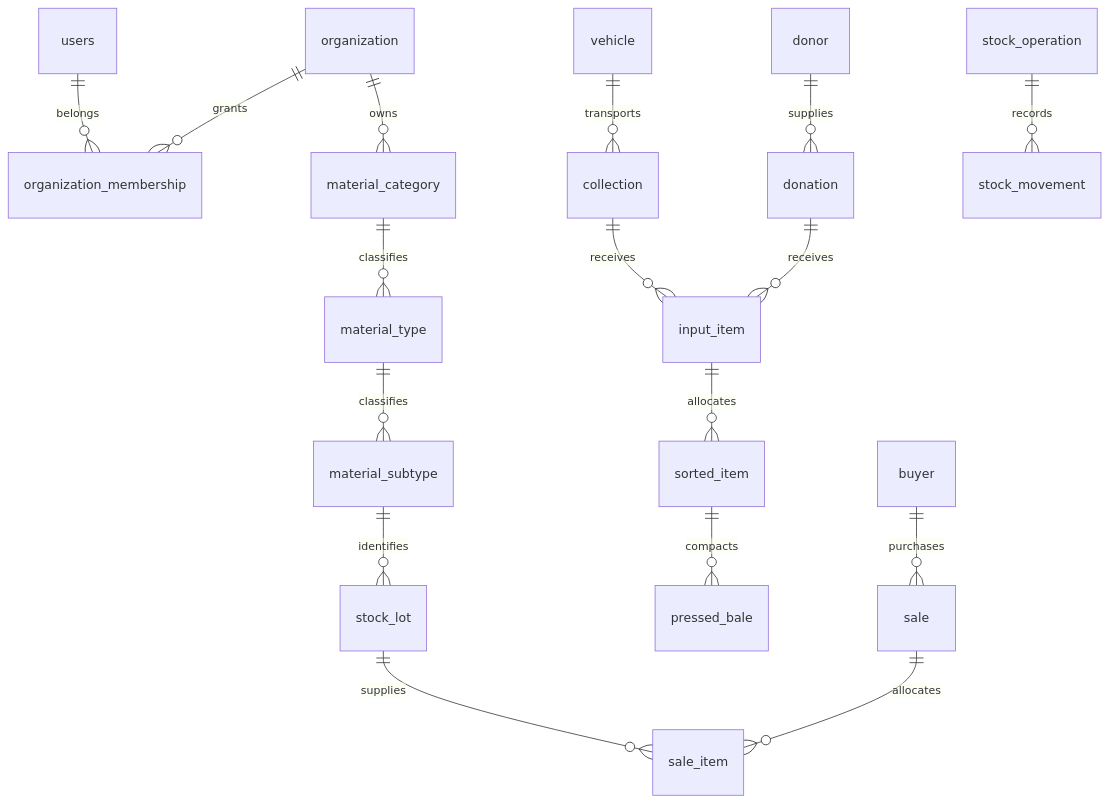
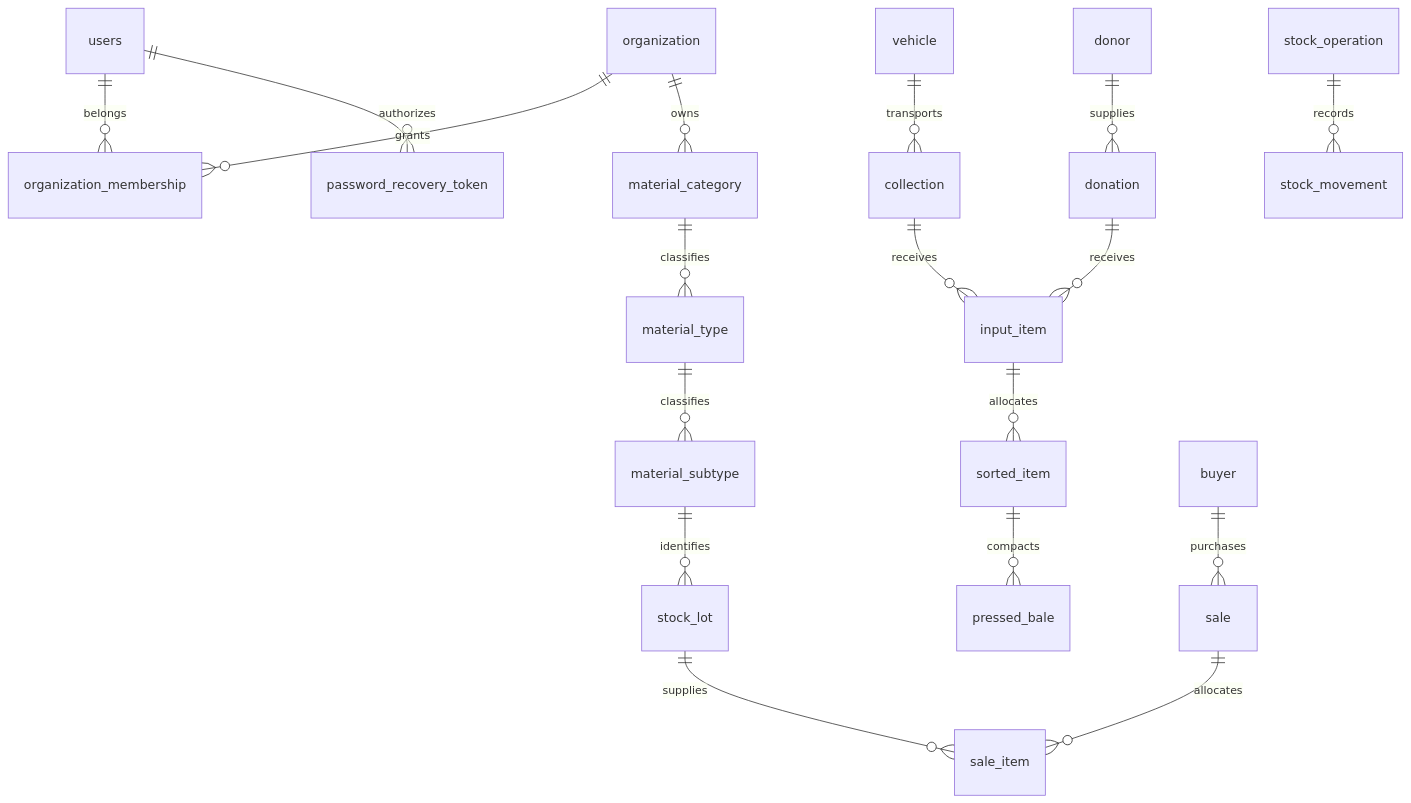
The diagram in docs/entities_documentation.md (Code-EJ/irr-backend), drawn with Mermaid before and after one commit. The commit also changed other lines of this file and 229 other files, not shown here.

```diff
--- a/docs/entities_documentation.md
+++ b/docs/entities_documentation.md
@@ -9,19 +9,20 @@
 ~~~mermaid
 erDiagram
     organization ||--o{ organization_membership : grants
     users ||--o{ organization_membership : belongs
+    users ||--o{ password_recovery_token : authorizes
     organization ||--o{ material_category : owns
     material_category ||--o{ material_type : classifies
     material_type ||--o{ material_subtype : classifies
     donor ||--o{ donation : supplies
     vehicle ||--o{ collection : transports
     collection ||--o{ input_item : receives
     donation ||--o{ input_item : receives
     input_item ||--o{ sorted_item : allocates
     sorted_item ||--o{ pressed_bale : compacts
     material_subtype ||--o{ stock_lot : identifies
     buyer ||--o{ sale : purchases
     sale ||--o{ sale_item : allocates
     stock_lot ||--o{ sale_item : supplies
     stock_operation ||--o{ stock_movement : records
 ~~~
```
